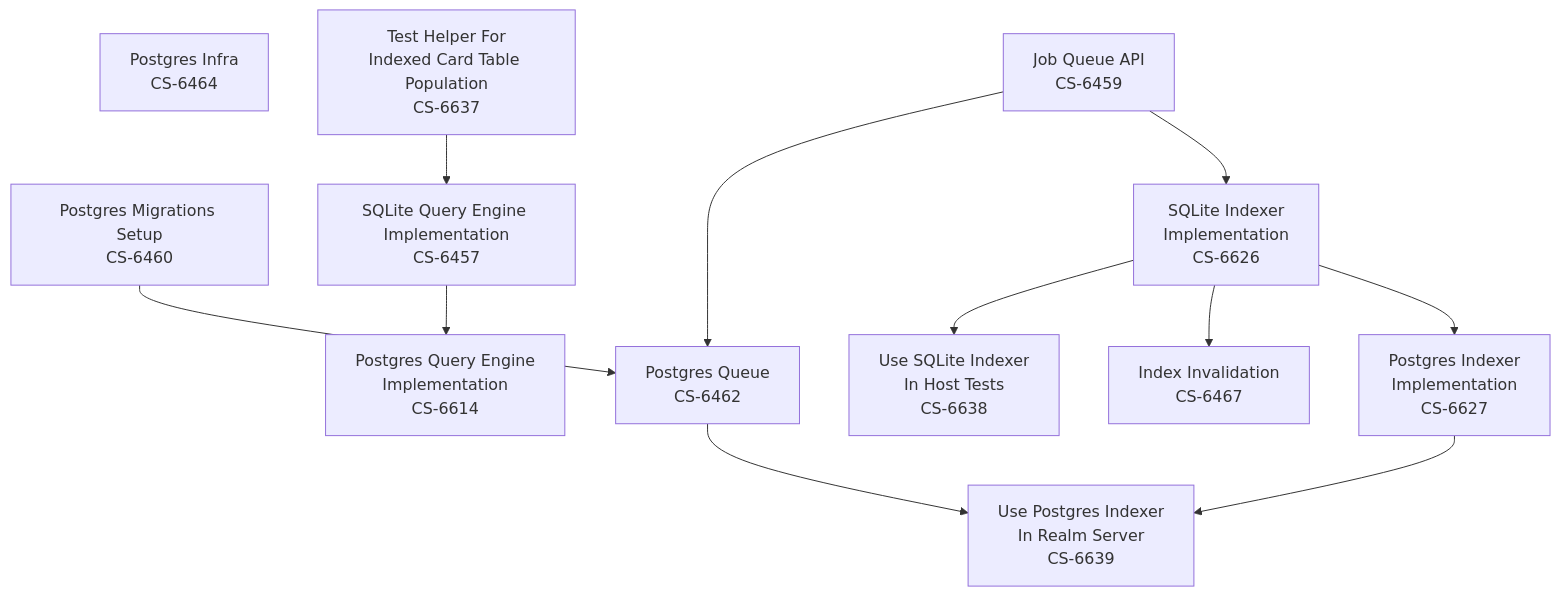
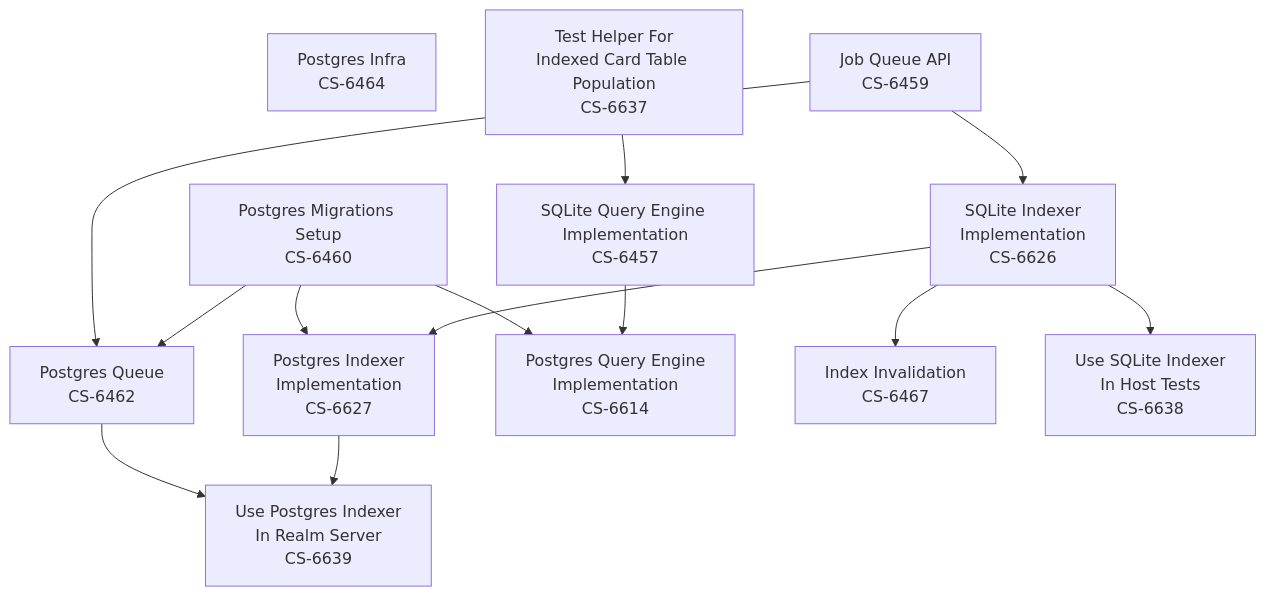
Before and after one commit to cardstack/boxel: the diagram in docs/indexer-work-plan.mermaid, drawn with Mermaid.

Commit message:
Added consumers to Postgres migrations

```diff
--- a/docs/indexer-work-plan.mermaid
+++ b/docs/indexer-work-plan.mermaid
@@ -1,36 +1,38 @@
 flowchart
     PostgresInfra[Postgres Infra\nCS-6464]
     click PostgresInfra "https://linear.app/cardstack/issue/CS-6464" "Open in Linear"
     PostgresMigrations[Postgres Migrations Setup\nCS-6460]
     click PostgresMigrations "https://linear.app/cardstack/issue/CS-6460" "Open in Linear"
     PostgresQueue[Postgres Queue\nCS-6462]
     click PostgresQueue "https://linear.app/cardstack/issue/CS-6462" "Open in Linear"
     JobQueueFacade[Job Queue API\nCS-6459]
     click JobQueueFacade "https://linear.app/cardstack/issue/CS-6459" "Open in Linear"
     SQLiteIndexerImplementation[SQLite Indexer\nImplementation\nCS-6626]
     click SQLiteIndexerImplementation "https://linear.app/cardstack/issue/CS-6626" "Open in Linear"
     PostgresIndexerImplementation[Postgres Indexer\nImplementation\nCS-6627]
     click PostgresIndexerImplementation "https://linear.app/cardstack/issue/CS-6627" "Open in Linear"
     TestHelperForIndexedCardTablePopulation[Test Helper For\nIndexed Card Table Population\nCS-6637]
     click TestHelperForIndexedCardTablePopulation "https://linear.app/cardstack/issue/CS-6637" "Open in Linear"
     SQLiteQueryEngineImplementation[SQLite Query Engine Implementation\nCS-6457]
     click SQLiteQueryEngineImplementation "https://linear.app/cardstack/issue/CS-6457" "Open in Linear"
     PostgresQueryEngineImplementation[Postgres Query Engine\nImplementation\nCS-6614]
     click PostgresQueryEngineImplementation "https://linear.app/cardstack/issue/CS-6614" "Open in Linear"
     IndexInvalidation[Index Invalidation\nCS-6467]
     click IndexInvalidation "https://linear.app/cardstack/issue/CS-6467" "Open in Linear"
     UseSQLiteIndexerInHostTests[Use SQLite Indexer\nIn Host Tests\nCS-6638]
     click UseSQLiteIndexerInHostTests "https://linear.app/cardstack/issue/CS-6638" "Open in Linear"
     UsePostgresIndexerInRealmServer[Use Postgres Indexer\nIn Realm Server\nCS-6639]
     click UsePostgresIndexerInRealmServer "https://linear.app/cardstack/issue/CS-6639" "Open in Linear"
     PostgresInfra
     PostgresMigrations-->PostgresQueue
     JobQueueFacade-->SQLiteIndexerImplementation
     SQLiteIndexerImplementation-->PostgresIndexerImplementation
     TestHelperForIndexedCardTablePopulation-->SQLiteQueryEngineImplementation
     SQLiteQueryEngineImplementation-->PostgresQueryEngineImplementation
+    PostgresMigrations-->PostgresQueryEngineImplementation
     SQLiteIndexerImplementation-->IndexInvalidation
     SQLiteIndexerImplementation-->UseSQLiteIndexerInHostTests
+    PostgresMigrations-->PostgresIndexerImplementation
     PostgresIndexerImplementation-->UsePostgresIndexerInRealmServer
     PostgresQueue-->UsePostgresIndexerInRealmServer
     JobQueueFacade-->PostgresQueue
```
